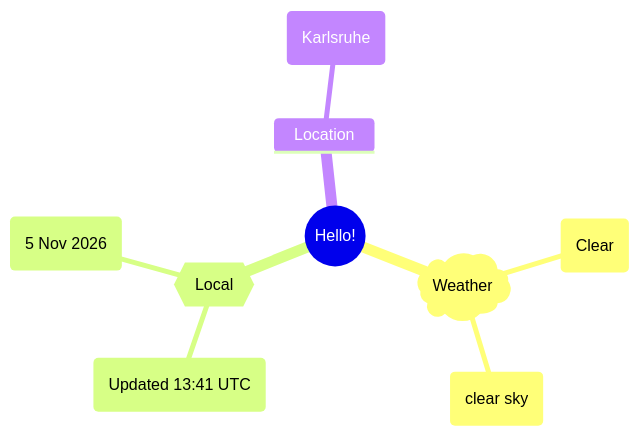
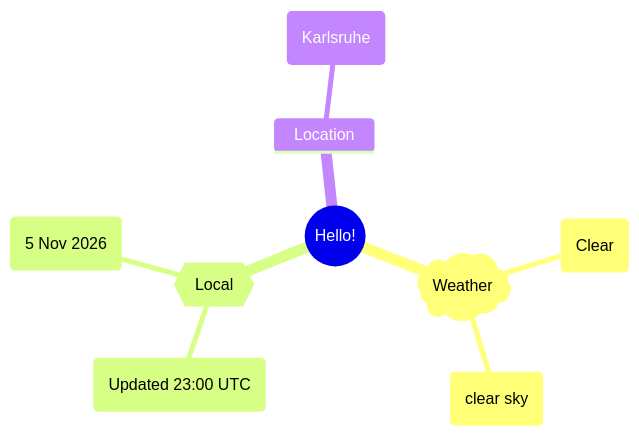
One commit to Xosrov/Xosrov changed the first of 2 diagrams in README.md. Above: the diagram before and after it, drawn with Mermaid.

Commit message:
[bot] updated images

````diff
--- a/README.md
+++ b/README.md
@@ -3,12 +3,12 @@
 ```mermaid
 mindmap
   root((Hello!))
     )Weather(
         (Clear)
         (clear sky)
     {{Local}}
-        (Updated 13:41 UTC)
+        (Updated 23:00 UTC)
         (5 Nov 2026)
     Location
         (Karlsruhe)
 ```
````
